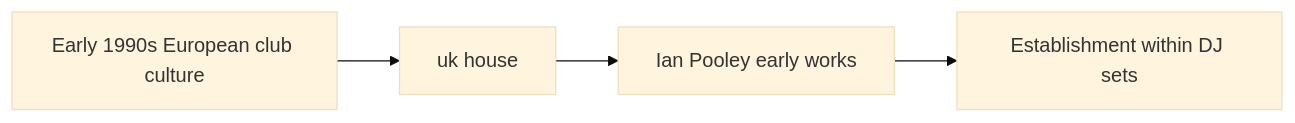
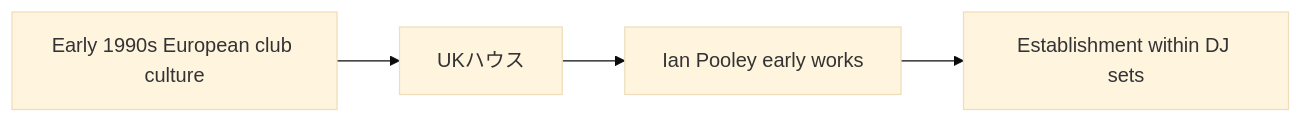
Before and after one commit to monumental-movement/monumental-movement.github.io: the first of 2 diagrams in en/_posts/2026-01-23-column-ian-pooley.md, drawn with Mermaid (base theme). The commit also changed other lines of this file and 445 other files, not shown here.

```diff
--- a/en/_posts/2026-01-23-column-ian-pooley.md
+++ b/en/_posts/2026-01-23-column-ian-pooley.md
@@ -55,6 +55,6 @@
 <div class="mermaid">
 graph LR
-A[Early 1990s European club culture] --> B[uk house]
+A[Early 1990s European club culture] --> B[UKハウス]
 B --> C[Ian Pooley early works]
 C --> D[Establishment within DJ sets]
 </div>
```
